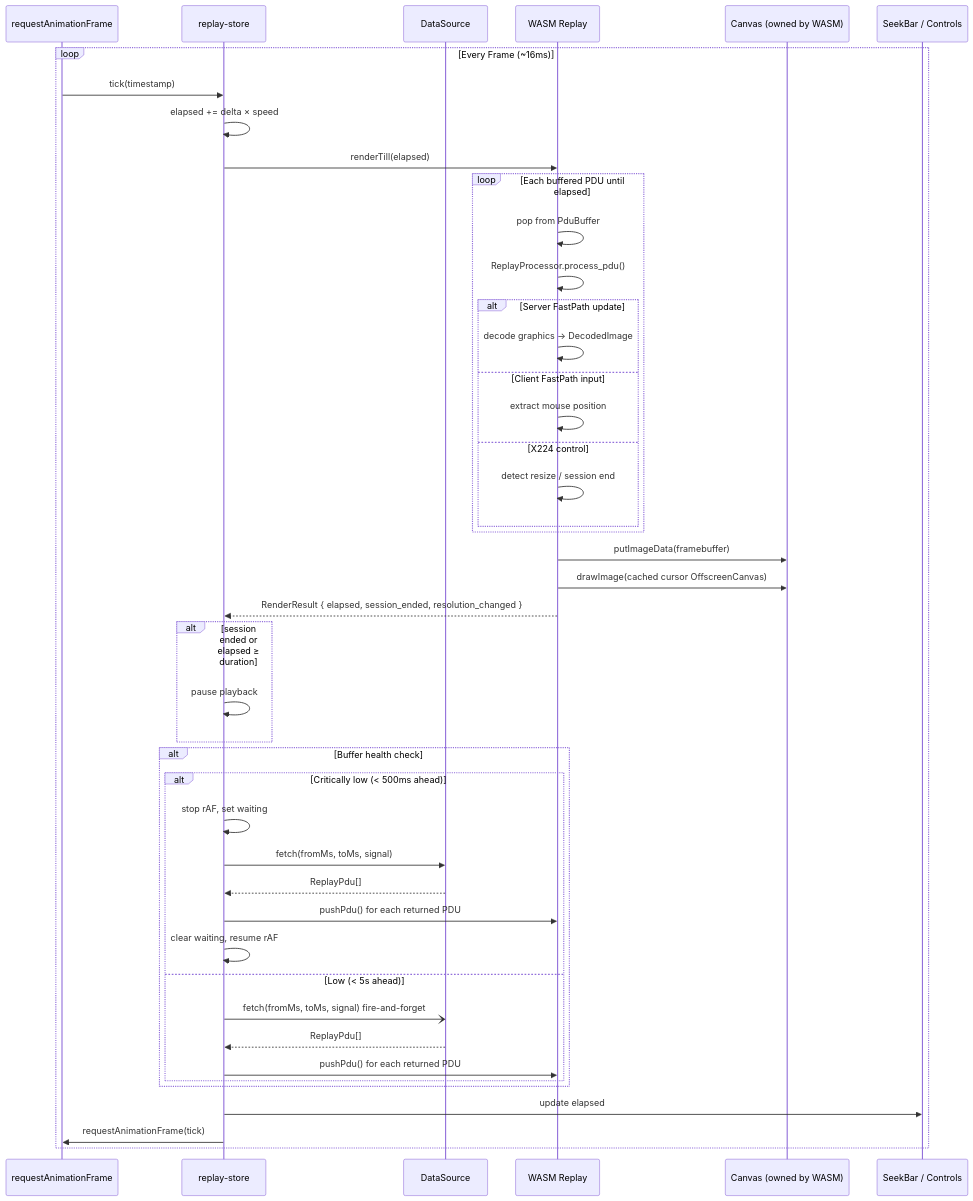
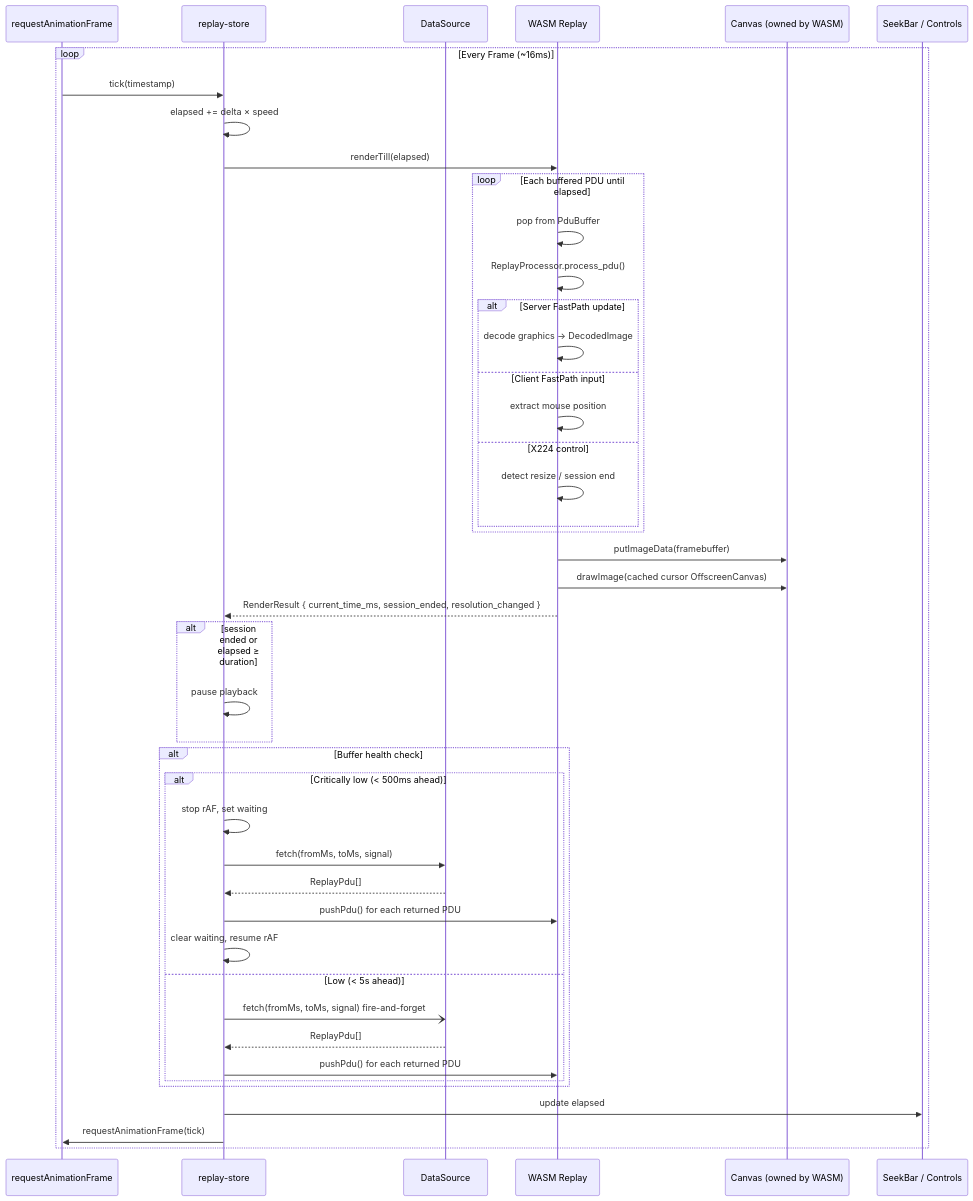
The diagram in web-client/iron-replay-player/README.md (karthikkashyap98/IronRDP), drawn with Mermaid before and after one commit. The commit also changed other lines of this file and 6 other files, not shown here.

````diff
--- a/web-client/iron-replay-player/README.md
+++ b/web-client/iron-replay-player/README.md
@@ -205,46 +210,46 @@
 ```mermaid
 sequenceDiagram
     participant rAF as requestAnimationFrame
     participant Store as replay-store
     participant DataSource as DataSource
     participant WASM as WASM Replay
     participant Canvas as Canvas (owned by WASM)
     participant UI as SeekBar / Controls
     loop Every Frame (~16ms)
         rAF->>Store: tick(timestamp)
         Store->>Store: elapsed += delta × speed
         Store->>WASM: renderTill(elapsed)
         loop Each buffered PDU until elapsed
             WASM->>WASM: pop from PduBuffer
             WASM->>WASM: ReplayProcessor.process_pdu()
             alt Server FastPath update
                 WASM->>WASM: decode graphics → DecodedImage
             else Client FastPath input
                 WASM->>WASM: extract mouse position
             else X224 control
                 WASM->>WASM: detect resize / session end
             end
         end
         WASM->>Canvas: putImageData(framebuffer)
         WASM->>Canvas: drawImage(cached cursor OffscreenCanvas)
-        WASM-->>Store: RenderResult { elapsed, session_ended, resolution_changed }
+        WASM-->>Store: RenderResult { current_time_ms, session_ended, resolution_changed }
         alt session ended or elapsed ≥ duration
             Store->>Store: pause playback
         end
         alt Buffer health check
             alt Critically low (< 500ms ahead)
                 Store->>Store: stop rAF, set waiting
                 Store->>DataSource: fetch(fromMs, toMs, signal)
                 DataSource-->>Store: ReplayPdu[]
                 Store->>WASM: pushPdu() for each returned PDU
                 Store->>Store: clear waiting, resume rAF
             else Low (< 5s ahead)
                 Store-)DataSource: fetch(fromMs, toMs, signal) fire-and-forget
                 DataSource-->>Store: ReplayPdu[]
                 Store->>WASM: pushPdu() for each returned PDU
             end
         end
         Store->>UI: update elapsed
         Store->>rAF: requestAnimationFrame(tick)
     end
 ```
````
